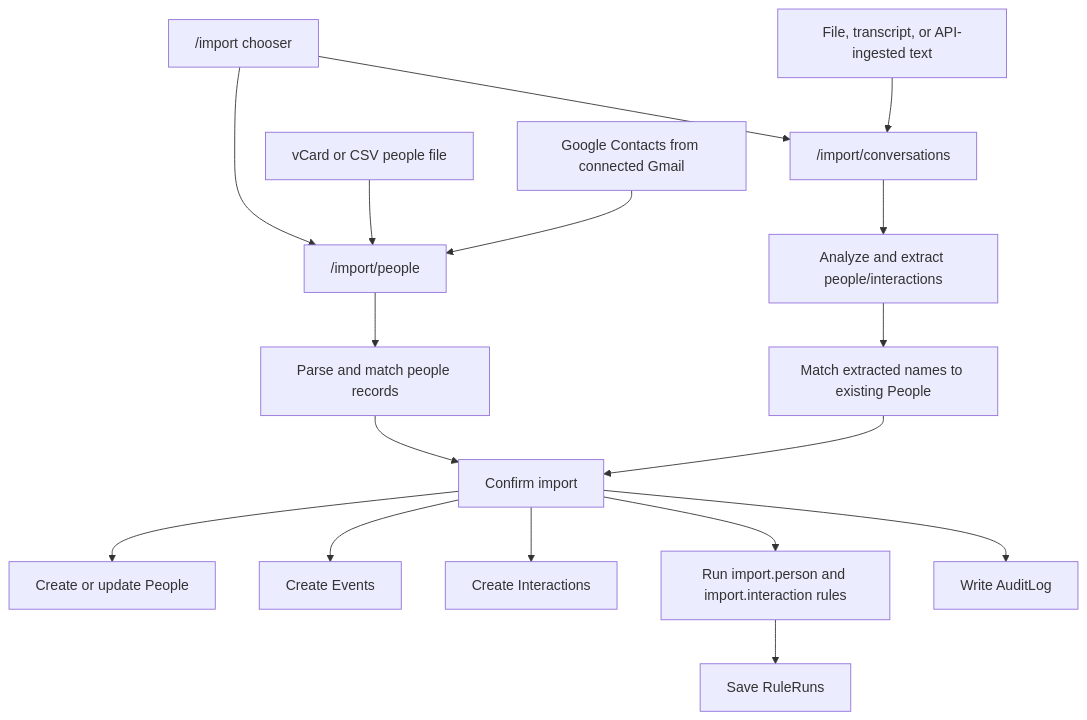
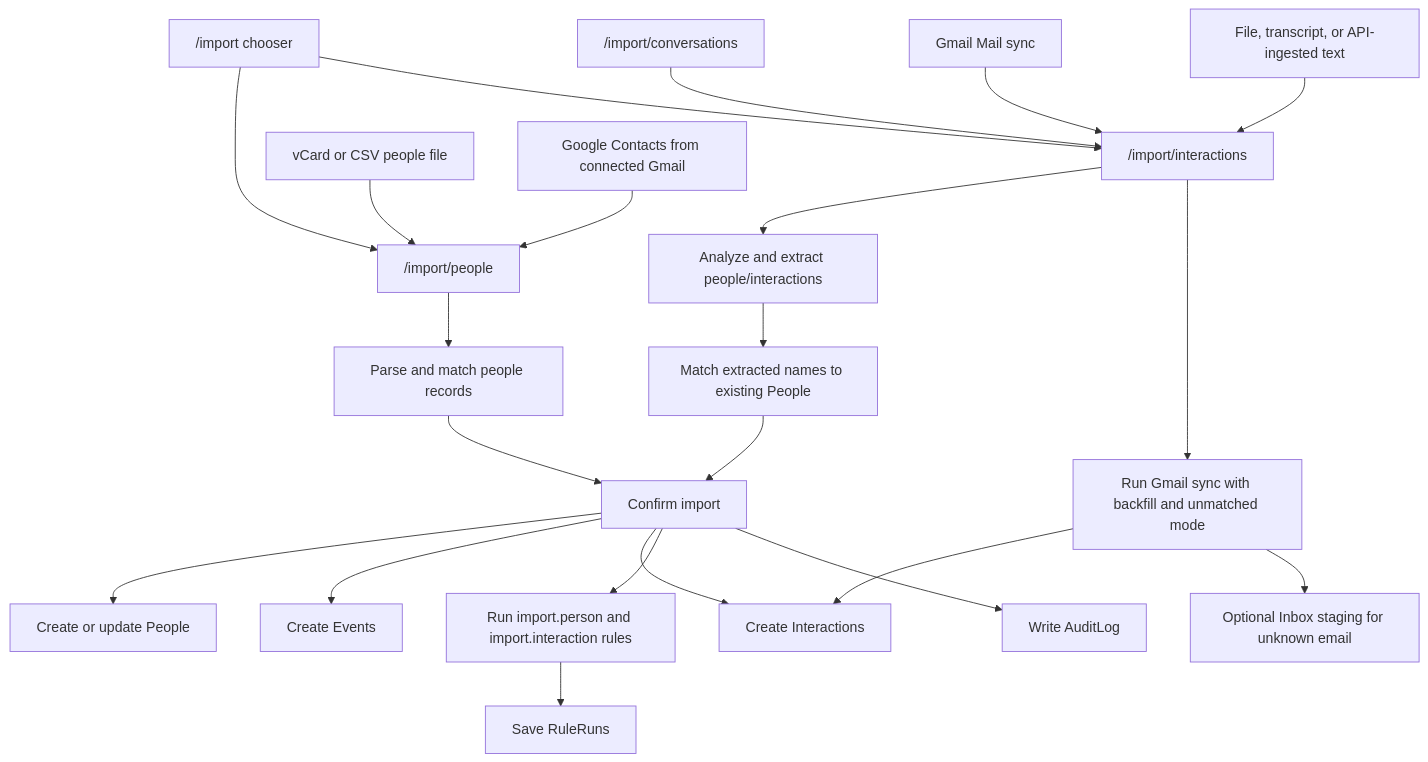
Before and after one commit to josephdfryer/life-os: the fifth of 18 diagrams in docs/PERSONS_ARCHITECTURE.md, drawn with Mermaid. The commit also changed other lines of this file and 4 other files, not shown here.

Commit message:
feat: add interactions import page

````diff
--- a/docs/PERSONS_ARCHITECTURE.md
+++ b/docs/PERSONS_ARCHITECTURE.md
@@ -166,19 +166,24 @@
 ```mermaid
 flowchart TD
   ImportHub["/import chooser"] --> PeopleImport["/import/people"]
-  ImportHub --> ConversationImport["/import/conversations"]
+  ImportHub --> InteractionImport["/import/interactions"]
+  LegacyConversation["/import/conversations"] --> InteractionImport
   PeopleFile["vCard or CSV people file"] --> PeopleImport
   GoogleContacts["Google Contacts from connected Gmail"] --> PeopleImport
-  File["File, transcript, or API-ingested text"] --> ConversationImport
-  ConversationImport --> Analyze["Analyze and extract people/interactions"]
+  GmailMail["Gmail Mail sync"] --> InteractionImport
+  File["File, transcript, or API-ingested text"] --> InteractionImport
+  InteractionImport --> Analyze["Analyze and extract people/interactions"]
+  InteractionImport --> GmailSync["Run Gmail sync with backfill and unmatched mode"]
   PeopleImport --> ParsePeople["Parse and match people records"]
   ParsePeople --> Confirm
   Analyze --> MatchPeople["Match extracted names to existing People"]
+  GmailSync --> Interactions
+  GmailSync --> Inbox["Optional Inbox staging for unknown email"]
   MatchPeople --> Confirm["Confirm import"]
   Confirm --> People["Create or update People"]
   Confirm --> Events["Create Events"]
   Confirm --> Interactions["Create Interactions"]
   Confirm --> Rules["Run import.person and import.interaction rules"]
   Rules --> RuleRuns["Save RuleRuns"]
   Confirm --> Audit["Write AuditLog"]
 ```
````
